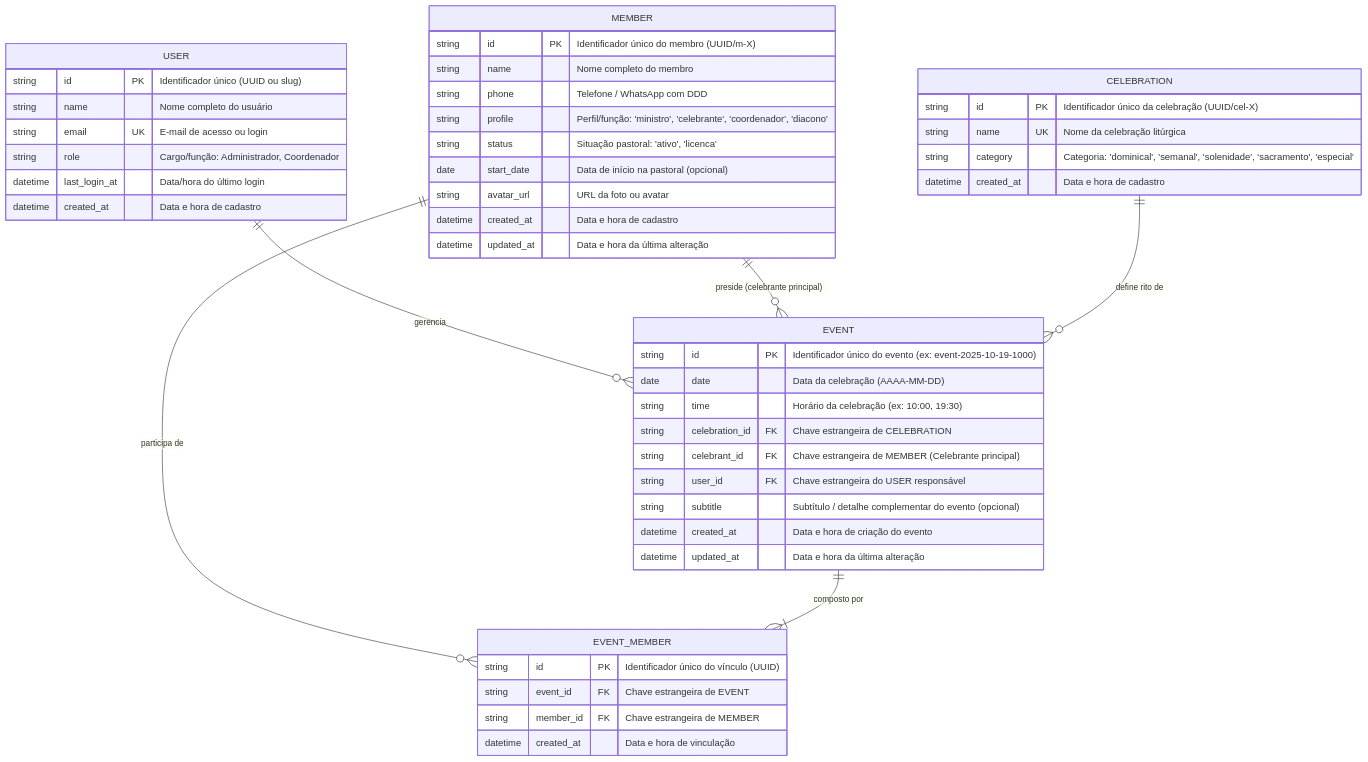
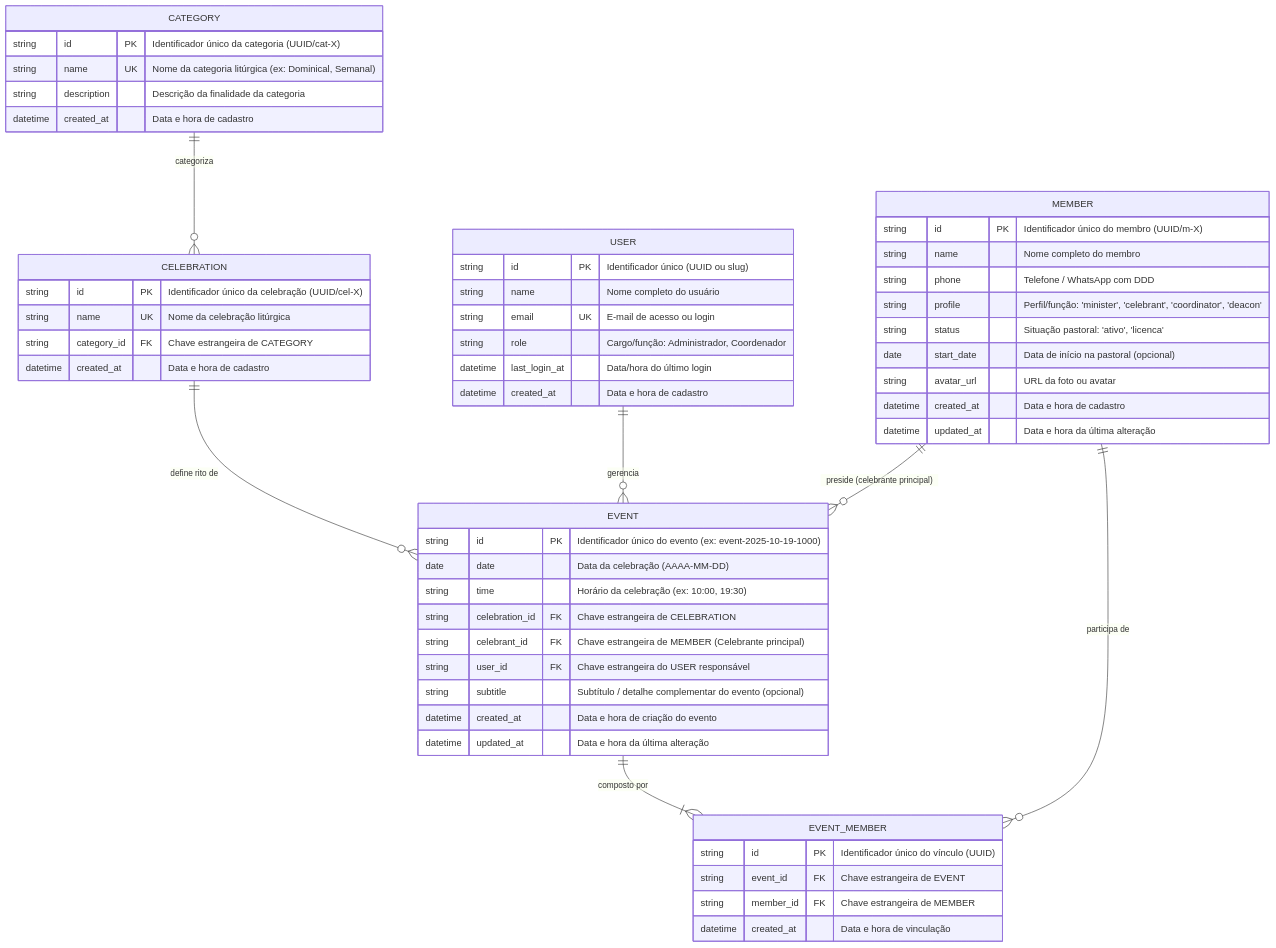
One commit to henriquehl/escala_ministros_front changed the diagram in docs/DER_RECOMENDADO.md. Above: the diagram before and after it, drawn with Mermaid. The commit also changed other lines of this file and 10 other files, not shown here.

````diff
--- a/docs/DER_RECOMENDADO.md
+++ b/docs/DER_RECOMENDADO.md
@@ -9,55 +9,63 @@
 ```mermaid
 erDiagram
+    CATEGORY ||--o{ CELEBRATION : "categoriza"
     USER ||--o{ EVENT : "gerencia"
     MEMBER ||--o{ EVENT : "preside (celebrante principal)"
     MEMBER ||--o{ EVENT_MEMBER : "participa de"
     EVENT ||--|{ EVENT_MEMBER : "composto por"
     CELEBRATION ||--o{ EVENT : "define rito de"
+
+    CATEGORY {
+        string id PK "Identificador único da categoria (UUID/cat-X)"
+        string name UK "Nome da categoria litúrgica (ex: Dominical, Semanal)"
+        string description "Descrição da finalidade da categoria"
+        datetime created_at "Data e hora de cadastro"
+    }
 
     USER {
         string id PK "Identificador único (UUID ou slug)"
         string name "Nome completo do usuário"
         string email UK "E-mail de acesso ou login"
         string role "Cargo/função: Administrador, Coordenador"
         datetime last_login_at "Data/hora do último login"
         datetime created_at "Data e hora de cadastro"
     }
 
     MEMBER {
         string id PK "Identificador único do membro (UUID/m-X)"
         string name "Nome completo do membro"
         string phone "Telefone / WhatsApp com DDD"
-        string profile "Perfil/função: 'ministro', 'celebrante', 'coordenador', 'diacono'"
+        string profile "Perfil/função: 'minister', 'celebrant', 'coordinator', 'deacon'"
         string status "Situação pastoral: 'ativo', 'licenca'"
         date start_date "Data de início na pastoral (opcional)"
         string avatar_url "URL da foto ou avatar"
         datetime created_at "Data e hora de cadastro"
         datetime updated_at "Data e hora da última alteração"
     }
 
     CELEBRATION {
         string id PK "Identificador único da celebração (UUID/cel-X)"
         string name UK "Nome da celebração litúrgica"
-        string category "Categoria: 'dominical', 'semanal', 'solenidade', 'sacramento', 'especial'"
+        string category_id FK "Chave estrangeira de CATEGORY"
         datetime created_at "Data e hora de cadastro"
     }
 
     EVENT {
         string id PK "Identificador único do evento (ex: event-2025-10-19-1000)"
         date date "Data da celebração (AAAA-MM-DD)"
         string time "Horário da celebração (ex: 10:00, 19:30)"
         string celebration_id FK "Chave estrangeira de CELEBRATION"
         string celebrant_id FK "Chave estrangeira de MEMBER (Celebrante principal)"
         string user_id FK "Chave estrangeira do USER responsável"
         string subtitle "Subtítulo / detalhe complementar do evento (opcional)"
         datetime created_at "Data e hora de criação do evento"
         datetime updated_at "Data e hora da última alteração"
     }
 
     EVENT_MEMBER {
         string id PK "Identificador único do vínculo (UUID)"
         string event_id FK "Chave estrangeira de EVENT"
         string member_id FK "Chave estrangeira de MEMBER"
         datetime created_at "Data e hora de vinculação"
     }
 ```
````
